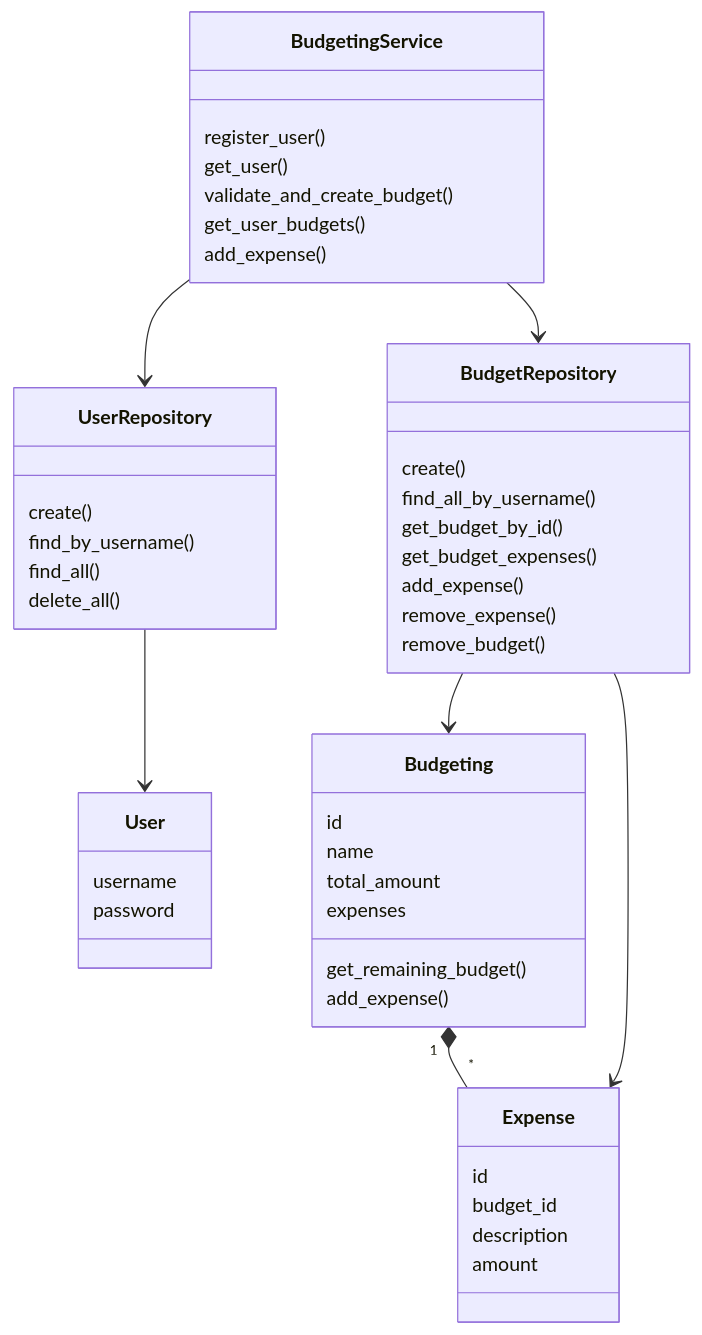
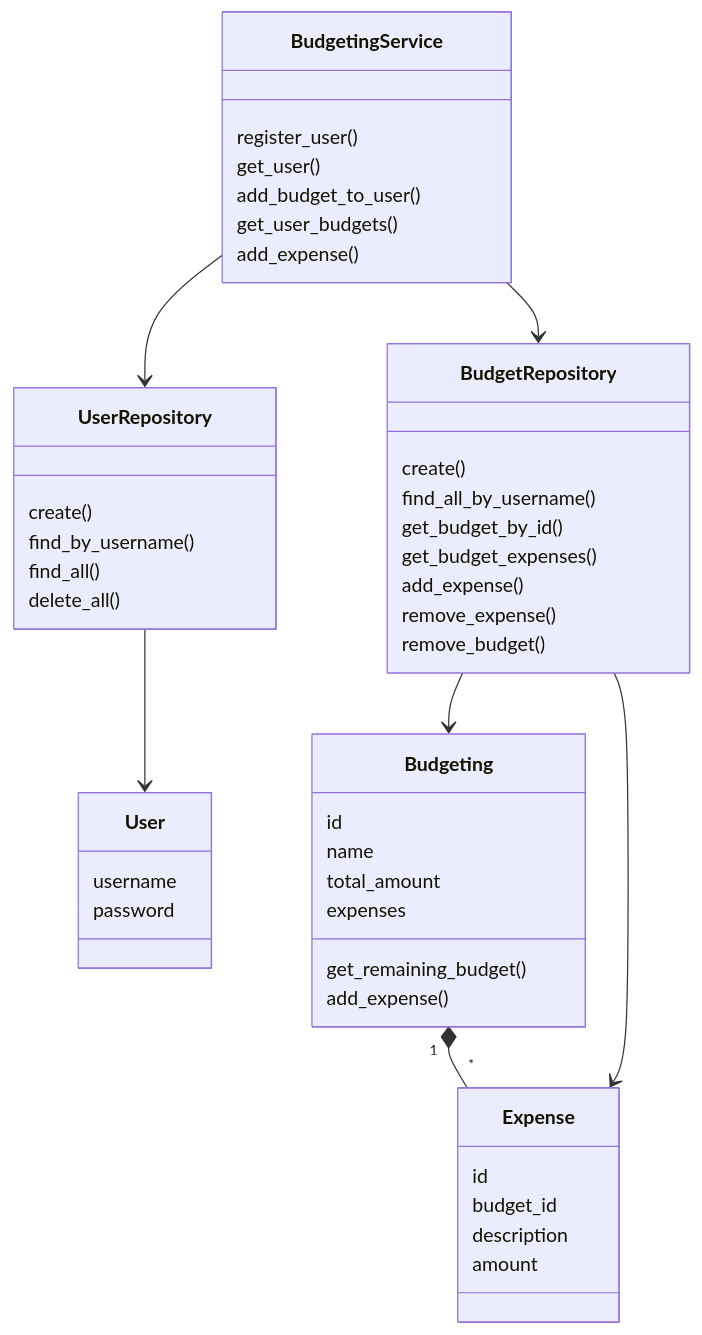
Before and after one commit to NuuNiem/ot-harjoitustyo: the fourth of 4 diagrams in budgeting-app/dokumentaatio/arkkitehtuuri.md, drawn with Mermaid. The commit also changed other lines of this file, not shown here.

````diff
--- a/budgeting-app/dokumentaatio/arkkitehtuuri.md
+++ b/budgeting-app/dokumentaatio/arkkitehtuuri.md
@@ -79,55 +110,55 @@
 ```mermaid
 classDiagram
     class User {
         username
         password
     }
 
     class Budgeting {
         id
         name
         total_amount
         expenses
         get_remaining_budget()
         add_expense()
     }
 
     class Expense {
         id
         budget_id
         description
         amount
     }
 
     class BudgetingService {
         register_user()
         get_user()
-        validate_and_create_budget()
+        add_budget_to_user()
         get_user_budgets()
         add_expense()
     }
 
     class UserRepository {
         create()
         find_by_username()
         find_all()
         delete_all()
     }
 
     class BudgetRepository {
         create()
         find_all_by_username()
         get_budget_by_id()
         get_budget_expenses()
         add_expense()
         remove_expense()
         remove_budget()
     }
 
     Budgeting "1" *-- "*" Expense
     BudgetingService --> UserRepository
     BudgetingService --> BudgetRepository
     UserRepository --> User
     BudgetRepository --> Budgeting
     BudgetRepository --> Expense
 ```
````
